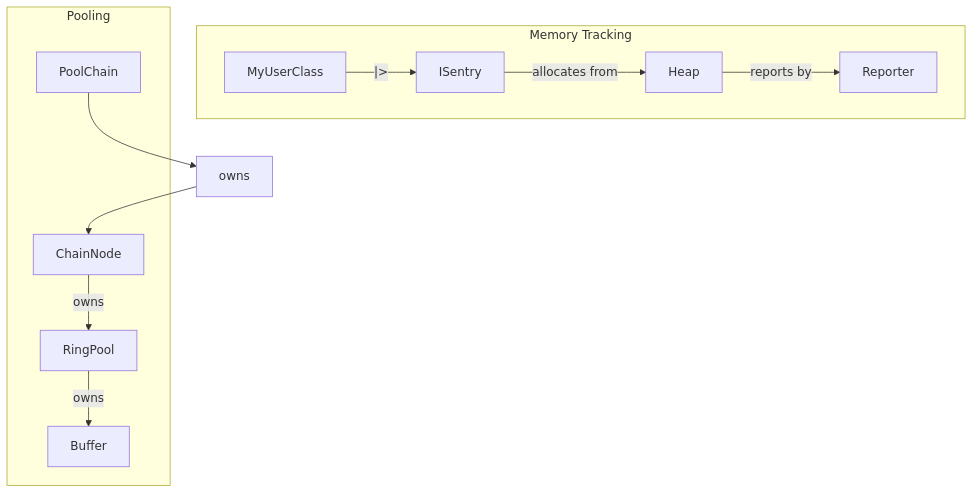
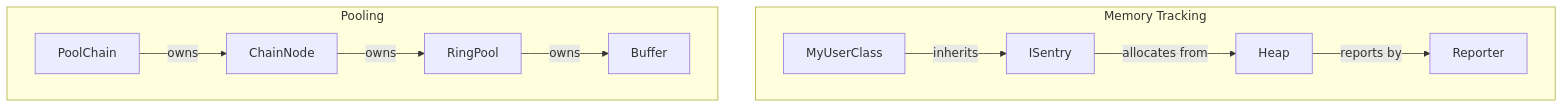
Before and after one commit to TheAmgadX/MemSentry-: the diagram in docs/Architecture.md, drawn with Mermaid.

Commit message:
fix architecture diagram

````diff
--- a/docs/Architecture.md
+++ b/docs/Architecture.md
@@ -14,21 +14,21 @@
 ```mermaid
 graph TD
     subgraph Memory Tracking
         Heap
         ISentry
         Reporter
         MyUserClass
     end
     subgraph Pooling
         PoolChain
         ChainNode
         RingPool
         Buffer
     end
     ISentry -- allocates from --> Heap
     Heap -- reports by --> Reporter
-    MyUserClass --|> --> ISentry
-    PoolChain --> owns --> ChainNode
+    MyUserClass -- inherits --> ISentry
+    PoolChain -- owns --> ChainNode
     ChainNode -- owns --> RingPool
     RingPool -- owns --> Buffer
 ```
````
